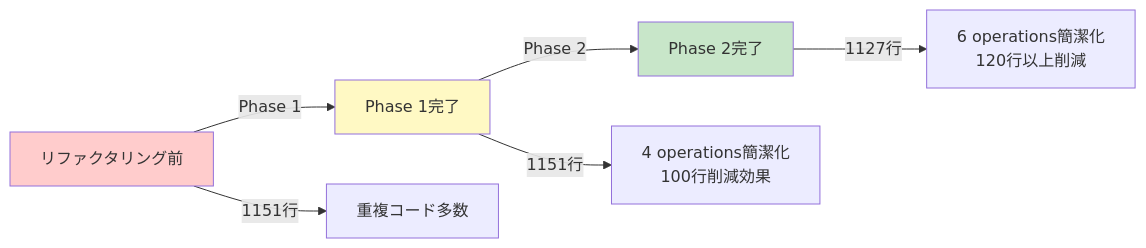
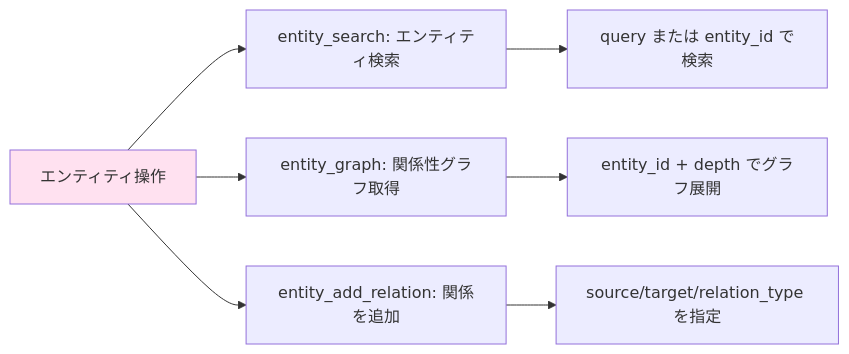
One commit to solidlime/MemoryMCP changed the fifth of 5 diagrams in docs/memory_operation_flowchart.md. Above: the diagram before and after it, drawn with Mermaid. The commit also changed other lines of this file and 17 other files, not shown here.

````diff
--- a/docs/memory_operation_flowchart.md
+++ b/docs/memory_operation_flowchart.md
@@ -183,13 +155,12 @@
 ```mermaid
 flowchart LR
-    A[リファクタリング前] -->|Phase 1| B[Phase 1完了]
-    B -->|Phase 2| C[Phase 2完了]
-    
-    A -->|1151行| A1[重複コード多数]
-    B -->|1151行| B1[4 operations簡潔化<br/>100行削減効果]
-    C -->|1127行| C1[6 operations簡潔化<br/>120行以上削減]
-    
-    style A fill:#ffcccc
-    style B fill:#fff9c4
-    style C fill:#c8e6c9
+    A[エンティティ操作] --> B[entity_search: エンティティ検索]
+    A --> C[entity_graph: 関係性グラフ取得]
+    A --> D[entity_add_relation: 関係を追加]
+
+    B --> B1[query または entity_id で検索]
+    C --> C1[entity_id + depth でグラフ展開]
+    D --> D1[source/target/relation_type を指定]
+
+    style A fill:#ffe1f0
 ```
````
